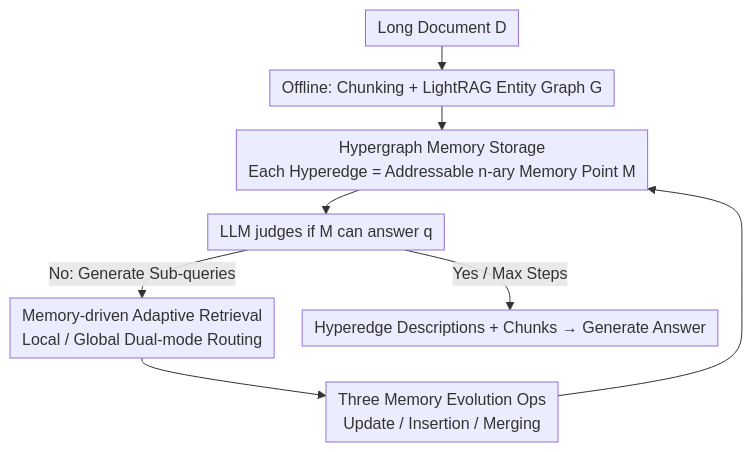
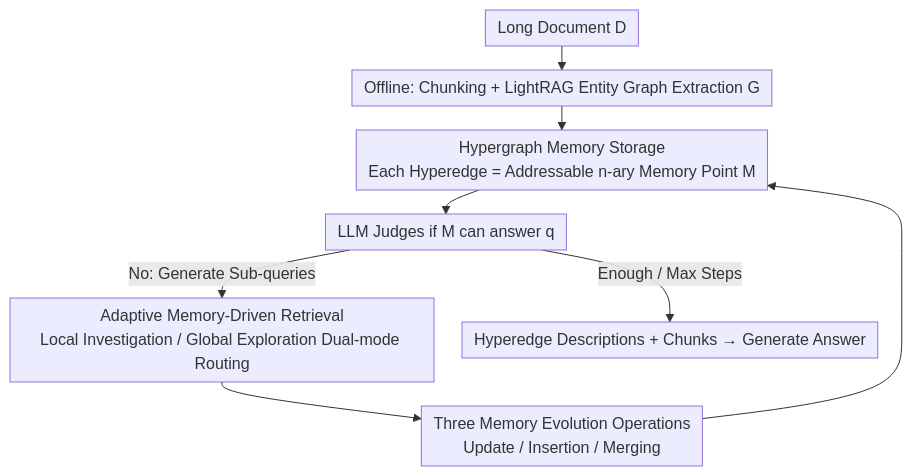
One commit to zhaoyang97/Paper-Notes-en changed the diagram in docs/ICML2026/information_retrieval/hgmem_hypergraph-based_working_memory_to_improve_multi-step_rag_for_long-context.md. Above: the diagram before and after it, drawn with Mermaid. The commit also changed other lines of this file and 5084 other files, not shown here.

````diff
--- a/docs/ICML2026/information_retrieval/hgmem_hypergraph-based_working_memory_to_improve_multi-step_rag_for_long-context.md
+++ b/docs/ICML2026/information_retrieval/hgmem_hypergraph-based_working_memory_to_improve_multi-step_rag_for_long-context.md
@@ -45,11 +45,11 @@
 ```mermaid
 %%{init: {'flowchart': {'rankSpacing': 24, 'nodeSpacing': 28, 'padding': 6, 'wrappingWidth': 400}}}%%
 flowchart TD
-    D["Long Document D"] --> G["Offline: Chunking + LightRAG Entity Graph G"]
+    D["Long Document D"] --> G["Offline: Chunking + LightRAG Entity Graph Extraction G"]
     G --> M["Hypergraph Memory Storage<br/>Each Hyperedge = Addressable n-ary Memory Point M"]
-    M --> J["LLM judges if M can answer q"]
-    J -->|"No: Generate Sub-queries"| RT["Memory-driven Adaptive Retrieval<br/>Local / Global Dual-mode Routing"]
-    RT --> EV["Three Memory Evolution Ops<br/>Update / Insertion / Merging"]
+    M --> J["LLM Judges if M can answer q"]
+    J -->|"No: Generate Sub-queries"| RT["Adaptive Memory-Driven Retrieval<br/>Local Investigation / Global Exploration Dual-mode Routing"]
+    RT --> EV["Three Memory Evolution Operations<br/>Update / Insertion / Merging"]
     EV --> M
-    J -->|"Yes / Max Steps"| Y["Hyperedge Descriptions + Chunks → Generate Answer"]
+    J -->|"Enough / Max Steps"| Y["Hyperedge Descriptions + Chunks → Generate Answer"]
 ```
````
